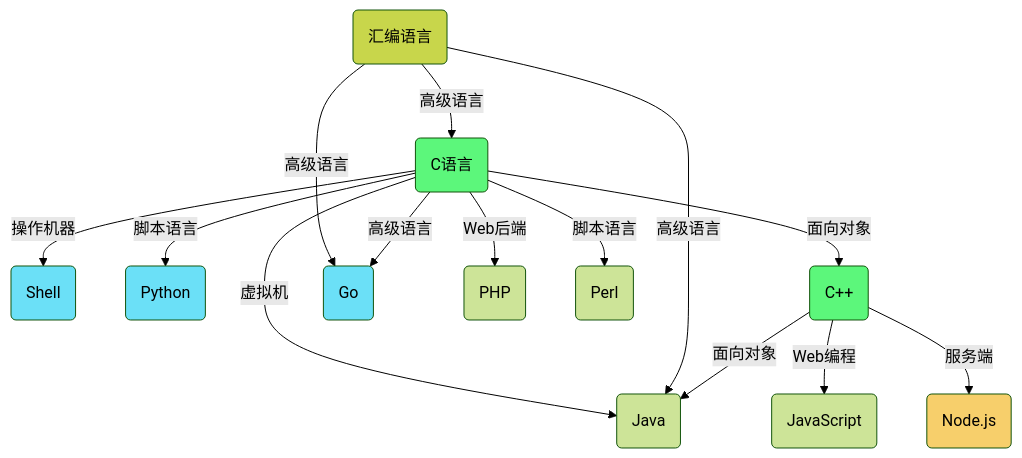
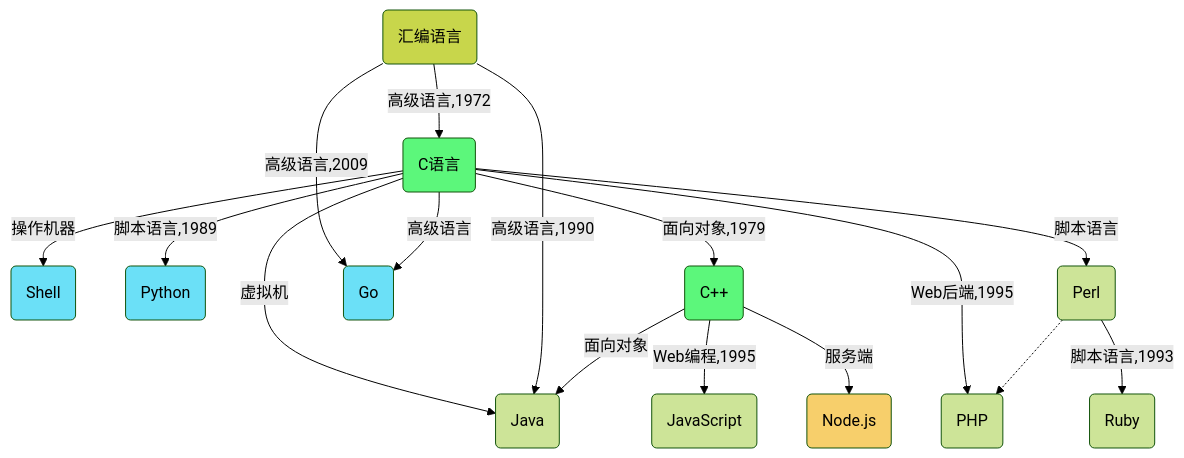
One commit to Gaohaoyang/gaohaoyang.github.io changed the diagram in _posts/2010-07-26-computer-history.md. Above: the diagram before and after it, drawn with Mermaid (forest theme). The commit also changed other lines of this file, not shown here.

```diff
--- a/_posts/2010-07-26-computer-history.md
+++ b/_posts/2010-07-26-computer-history.md
@@ -457,34 +492,36 @@
 <div class="mermaid">
 %% 编程语言演化图
     graph TD
     A(汇编语言):::s
     classDef s fill:#f02;
     style A fill:#C8D64B;
     style B fill:#6BE0F7;
     style C fill:#5CF77B;
     style D fill:#6BE0F7;
     style F fill:#5CF77B;
     %%style H fill:#5CF77B;
     style I fill:#6BE0F7;
     style J fill:#F7CF6B;
-    A -->|高级语言| C(C语言)
+    A -->|高级语言,1972| C(C语言)
     C -->|操作机器| B(Shell)
-    C -->|脚本语言| D(Python)
+    C -->|脚本语言,1989| D(Python)
     C -->|虚拟机| E(Java)
-    A -->|高级语言| E(Java)
-    C -->|面向对象| F(C++)
-    F -->|面向对象| E(Java)
-    F -->|Web编程| G(JavaScript)
+    A -->|高级语言,1990| E(Java)
+    C -->|面向对象,1979| F(C++)
+    F -->|面向对象| E
+    F -->|Web编程,1995| G(JavaScript)
     F -->|服务端| J(Node.js)
-    C -->|Web后端| H(PHP)
-    A -->|高级语言| I(Go)
+    C -->|Web后端,1995| H(PHP)
+    A -->|高级语言,2009| I(Go)
     C -->|高级语言| I(Go)
     C -->|脚本语言| K(Perl)
+    K -->|脚本语言,1993| L(Ruby)
+    K -.-> H
 
     click B "https://wqw547243068.github.io/linux#shell语言" "shell用法"
     click C "https://wqw547243068.github.io/c#c语言" "c/c++语言"
     click D "https://wqw547243068.github.io/python" "Python语言"
     click F "https://wqw547243068.github.io/c#c" "c/c++语言"
     click G "https://wqw547243068.github.io/web#js" "web开发"
     click I "https://wqw547243068.github.io/go" "go语言"
 </div>
```
